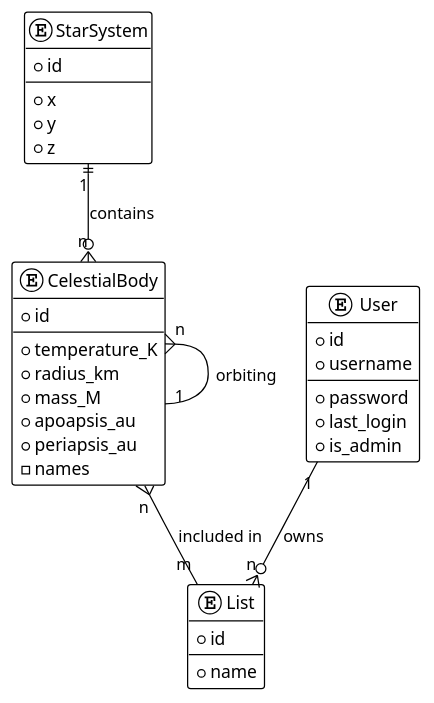
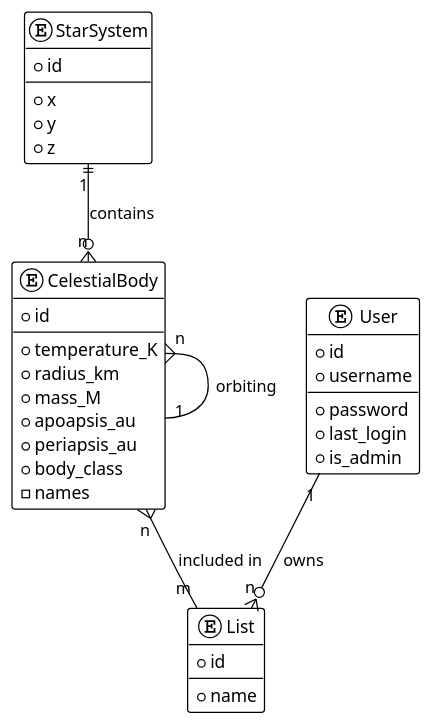
Before and after one commit to TheLuckyLuke1337/sqlite3-demo: the diagram in erdiagram.puml, drawn with PlantUML. The commit also changed 1 other file, not shown here.

Commit message:
Add body_class column to CelestialBody table in schema.sql

```diff
--- a/erdiagram.puml
+++ b/erdiagram.puml
@@ -1,43 +1,44 @@
 @startuml er_diagram
 !theme plain
 
 entity "StarSystem" {
   *id
   --
   * x
   * y
   * z
 }
 
 entity "CelestialBody" {
   *id
   --
   *temperature_K
   *radius_km
   *mass_M
   *apoapsis_au
   *periapsis_au
+  *body_class
   -names
 }
 
 entity "User" {
   *id
   *username
   --
   *password
   *last_login
   *is_admin
 }
 
 entity "List" {
   *id
   --
   *name
 }
 
 StarSystem "1" ||--o{ "n" CelestialBody : "contains"
 User "1" --o{ "n" List : "owns"
 CelestialBody "n" }-- "m" List : "included in"
 CelestialBody "n" }-- "1" CelestialBody : "orbiting"
 
 @enduml
```
